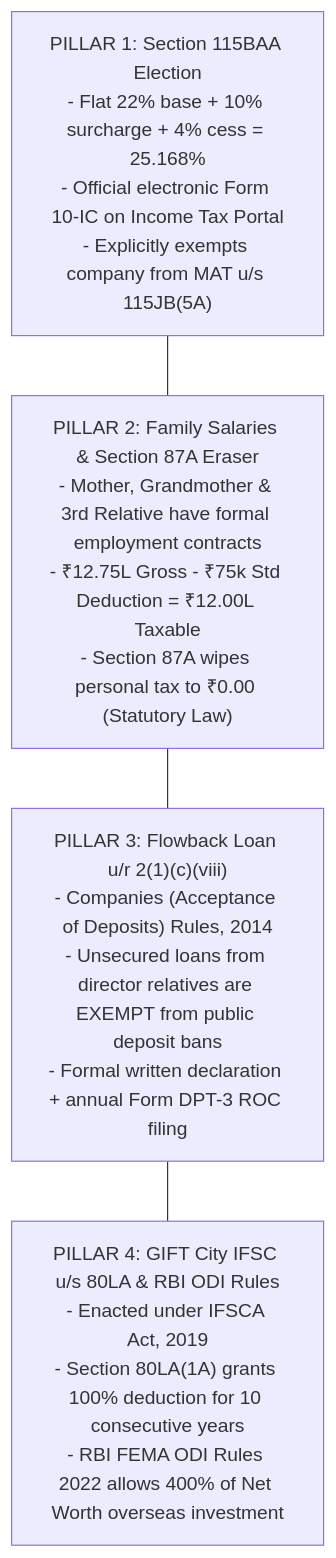
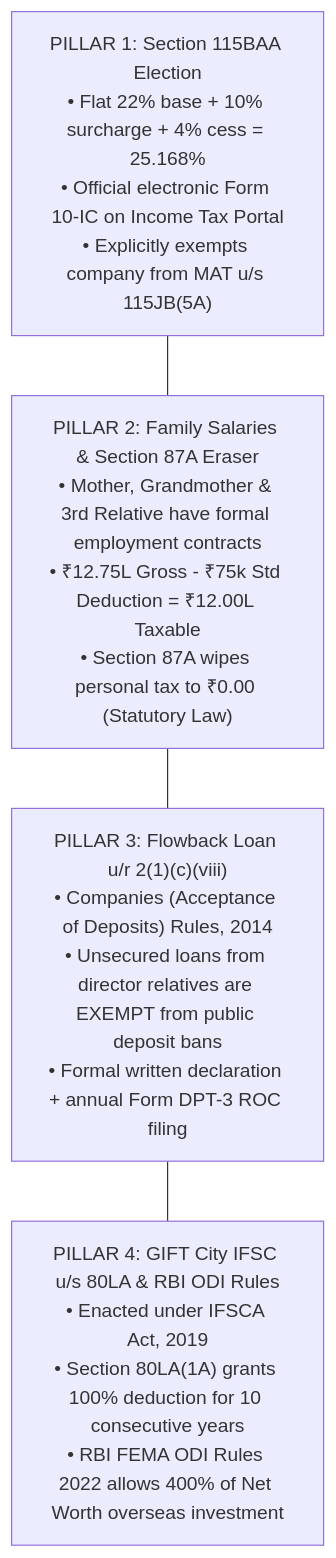
Before and after one commit to yieldchaser/mcx-margins: the eighth of 11 diagrams in models/execution_and_tax_validation_plan.md, drawn with Mermaid. The commit also changed other lines of this file and 2 other files, not shown here.

Commit message:
fix(docs): resolve Mermaid multiline rendering bugs and add 50% return profile across models

````diff
--- a/models/execution_and_tax_validation_plan.md
+++ b/models/execution_and_tax_validation_plan.md
@@ -328,24 +285,12 @@
 ```mermaid
 flowchart TD
-    P1["PILLAR 1: Section 115BAA Election
-- Flat 22% base + 10% surcharge + 4% cess = 25.168%
-- Official electronic Form 10-IC on Income Tax Portal
-- Explicitly exempts company from MAT u/s 115JB(5A)"]
+    P1["PILLAR 1: Section 115BAA Election<br/>• Flat 22% base + 10% surcharge + 4% cess = 25.168%<br/>• Official electronic Form 10-IC on Income Tax Portal<br/>• Explicitly exempts company from MAT u/s 115JB(5A)"]
 
-    P2["PILLAR 2: Family Salaries & Section 87A Eraser
-- Mother, Grandmother & 3rd Relative have formal employment contracts
-- ₹12.75L Gross - ₹75k Std Deduction = ₹12.00L Taxable
-- Section 87A wipes personal tax to ₹0.00 (Statutory Law)"]
+    P2["PILLAR 2: Family Salaries & Section 87A Eraser<br/>• Mother, Grandmother & 3rd Relative have formal employment contracts<br/>• ₹12.75L Gross - ₹75k Std Deduction = ₹12.00L Taxable<br/>• Section 87A wipes personal tax to ₹0.00 (Statutory Law)"]
 
-    P3["PILLAR 3: Flowback Loan u/r 2(1)(c)(viii)
-- Companies (Acceptance of Deposits) Rules, 2014
-- Unsecured loans from director relatives are EXEMPT from public deposit bans
-- Formal written declaration + annual Form DPT-3 ROC filing"]
+    P3["PILLAR 3: Flowback Loan u/r 2(1)(c)(viii)<br/>• Companies (Acceptance of Deposits) Rules, 2014<br/>• Unsecured loans from director relatives are EXEMPT from public deposit bans<br/>• Formal written declaration + annual Form DPT-3 ROC filing"]
 
-    P4["PILLAR 4: GIFT City IFSC u/s 80LA & RBI ODI Rules
-- Enacted under IFSCA Act, 2019
-- Section 80LA(1A) grants 100% deduction for 10 consecutive years
-- RBI FEMA ODI Rules 2022 allows 400% of Net Worth overseas investment"]
+    P4["PILLAR 4: GIFT City IFSC u/s 80LA & RBI ODI Rules<br/>• Enacted under IFSCA Act, 2019<br/>• Section 80LA(1A) grants 100% deduction for 10 consecutive years<br/>• RBI FEMA ODI Rules 2022 allows 400% of Net Worth overseas investment"]
 
     P1 --- P2 --- P3 --- P4
 ```
````
